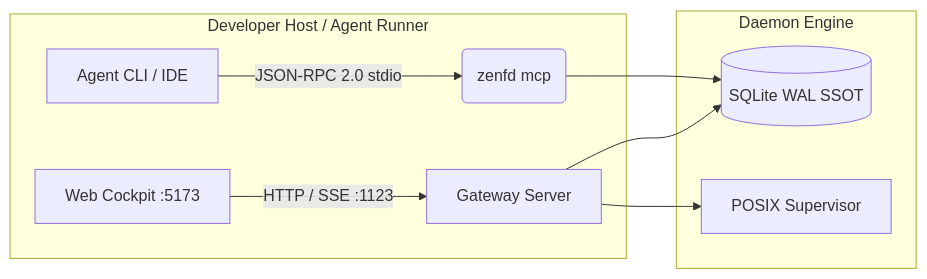
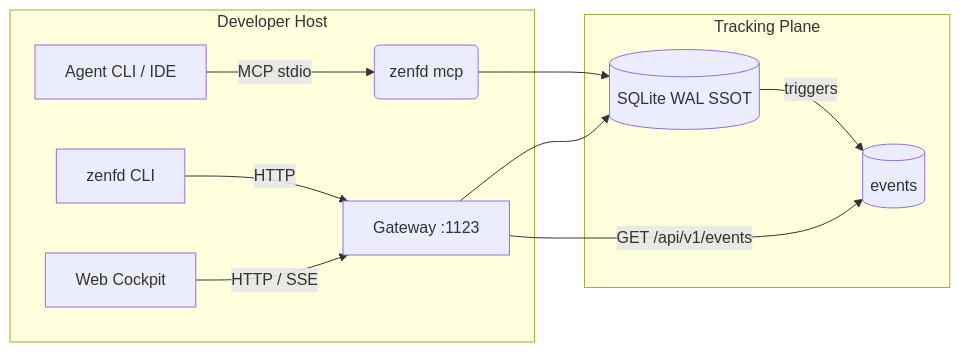
One commit to venhdev/skills changed the diagram in docs/architecture-topology.md. Above: the diagram before and after it, drawn with Mermaid. The commit also changed other lines of this file and 76 other files, not shown here.

First line of the commit message:
feat(zenfd): 0.1.1 tracking-plane reset

````diff
--- a/docs/architecture-topology.md
+++ b/docs/architecture-topology.md
@@ -13,12 +15,15 @@
 ```mermaid
 graph LR
-  subgraph Host [Developer Host / Agent Runner]
-    A[Agent CLI / IDE] -->|JSON-RPC 2.0 stdio| B(zenfd mcp)
-    C[Web Cockpit :5173] -->|HTTP / SSE :1123| D[Gateway Server]
+  subgraph Host [Developer Host]
+    A[Agent CLI / IDE] -->|MCP stdio| B(zenfd mcp)
+    C[zenfd CLI] -->|HTTP| D
+    W[Web Cockpit] -->|HTTP / SSE| D
   end
-  subgraph ControlPlane [Daemon Engine]
+  subgraph TrackingPlane [Tracking Plane]
+    D[Gateway :1123]
     B --> E[(SQLite WAL SSOT)]
     D --> E
-    D --> G[POSIX Supervisor]
+    E -->|triggers| L[(events)]
+    D -->|GET /api/v1/events| L
   end
 ```
````
